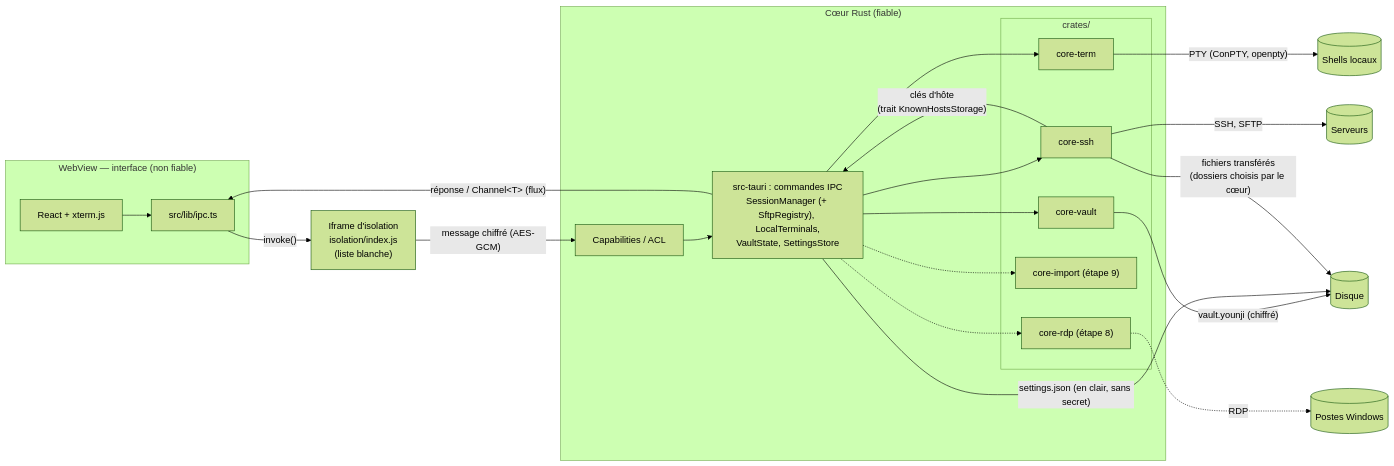
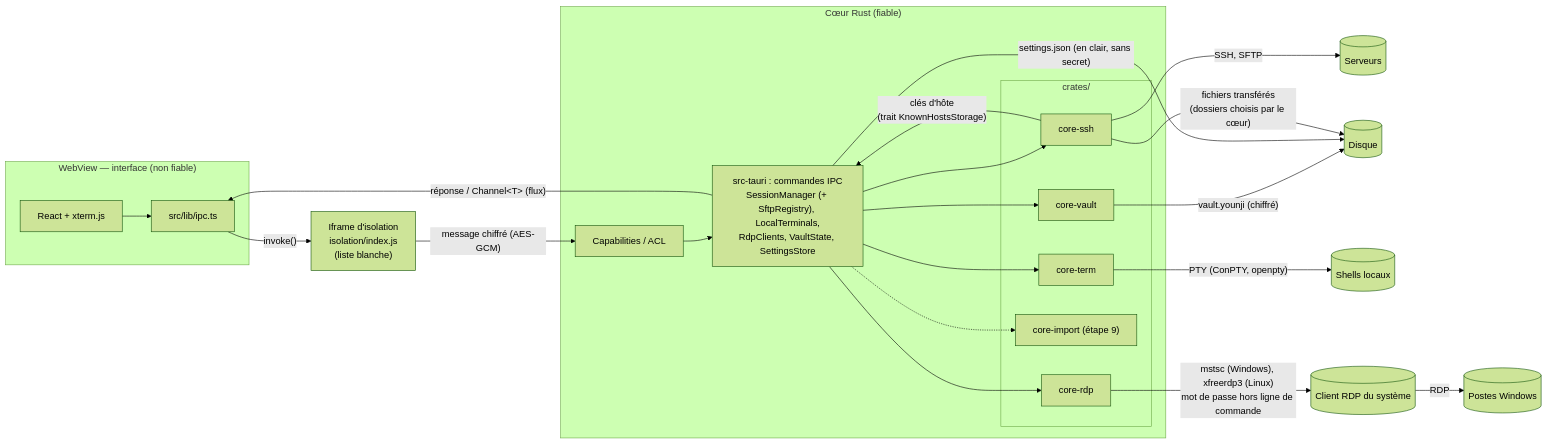
Before and after one commit to mlft9/younji: the first of 7 diagrams in docs/ARCHITECTURE.md, drawn with Mermaid (forest theme). The commit also changed other lines of this file and 12 other files, not shown here.

First line of the commit message:
docs: documente l'étape 8 (RDP v1)

````diff
--- a/docs/ARCHITECTURE.md
+++ b/docs/ARCHITECTURE.md
@@ -11,33 +11,34 @@
 ```mermaid
 flowchart LR
     subgraph WebView["WebView — interface (non fiable)"]
         UI[React + xterm.js]
         IPCJS[src/lib/ipc.ts]
         UI --> IPCJS
     end
     ISO["Iframe d'isolation<br/>isolation/index.js<br/>(liste blanche)"]
     subgraph Core["Cœur Rust (fiable)"]
         ACL[Capabilities / ACL]
-        CMD["src-tauri : commandes IPC<br/>SessionManager (+ SftpRegistry), LocalTerminals,<br/>VaultState, SettingsStore"]
+        CMD["src-tauri : commandes IPC<br/>SessionManager (+ SftpRegistry), LocalTerminals,<br/>RdpClients, VaultState, SettingsStore"]
         ACL --> CMD
         subgraph Crates["crates/"]
             SSH[core-ssh]
             VAULT[core-vault]
             TERM[core-term]
             IMP["core-import (étape 9)"]
-            RDP["core-rdp (étape 8)"]
+            RDP[core-rdp]
         end
-        CMD --> SSH & VAULT & TERM
-        CMD -.-> IMP & RDP
+        CMD --> SSH & VAULT & TERM & RDP
+        CMD -.-> IMP
         SSH -- "clés d'hôte<br/>(trait KnownHostsStorage)" --> CMD
     end
     IPCJS -- "invoke()" --> ISO
     ISO -- "message chiffré (AES-GCM)" --> ACL
     CMD -- "réponse / Channel&lt;T&gt; (flux)" --> IPCJS
     SSH -- "SSH, SFTP" --> SRV[(Serveurs)]
     VAULT -- "vault.younji (chiffré)" --> DISK[(Disque)]
     CMD -- "settings.json (en clair, sans secret)" --> DISK
     SSH -- "fichiers transférés<br/>(dossiers choisis par le cœur)" --> DISK
     TERM -- "PTY (ConPTY, openpty)" --> SHELL[(Shells locaux)]
-    RDP -. RDP .-> WIN[(Postes Windows)]
+    RDP -- "mstsc (Windows), xfreerdp3 (Linux)<br/>mot de passe hors ligne de commande" --> RDPC[(Client RDP du système)]
+    RDPC -- RDP --> WIN[(Postes Windows)]
 ```
````
